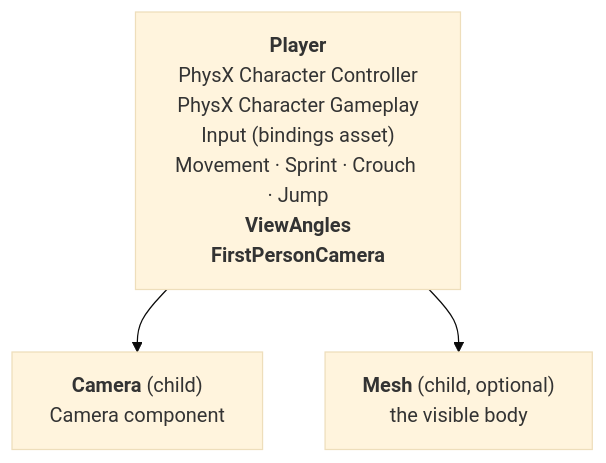
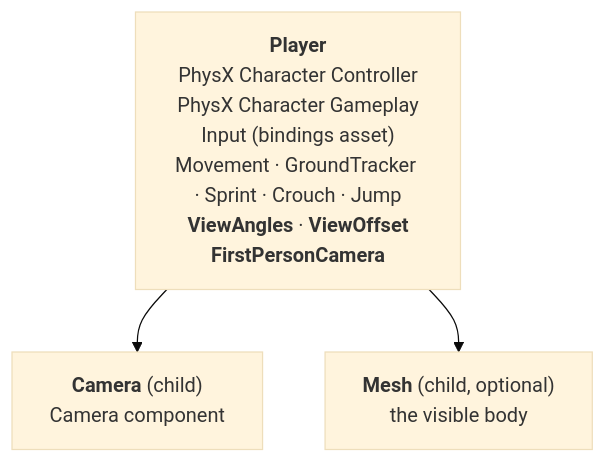
The first of 2 diagrams in README.md (Dmytro-Personal-O3DE-Gems/ModularCharacterController), drawn with Mermaid (base theme) before and after one commit. The commit also changed other lines of this file, not shown here.

First line of the commit message:
Document ground tracking and camera offset

````diff
--- a/README.md
+++ b/README.md
@@ -35,8 +49,8 @@
 ```mermaid
 graph TD
-    P["<b>Player</b><br/>PhysX Character Controller<br/>PhysX Character Gameplay<br/>Input (bindings asset)<br/>Movement · Sprint · Crouch · Jump<br/><b>ViewAngles</b><br/><b>FirstPersonCamera</b>"]
+    P["<b>Player</b><br/>PhysX Character Controller<br/>PhysX Character Gameplay<br/>Input (bindings asset)<br/>Movement · GroundTracker · Sprint · Crouch · Jump<br/><b>ViewAngles</b> · <b>ViewOffset</b><br/><b>FirstPersonCamera</b>"]
     C["<b>Camera</b> (child)<br/>Camera component"]
     M["<b>Mesh</b> (child, optional)<br/>the visible body"]
     P --> C
     P --> M
 ```
````
